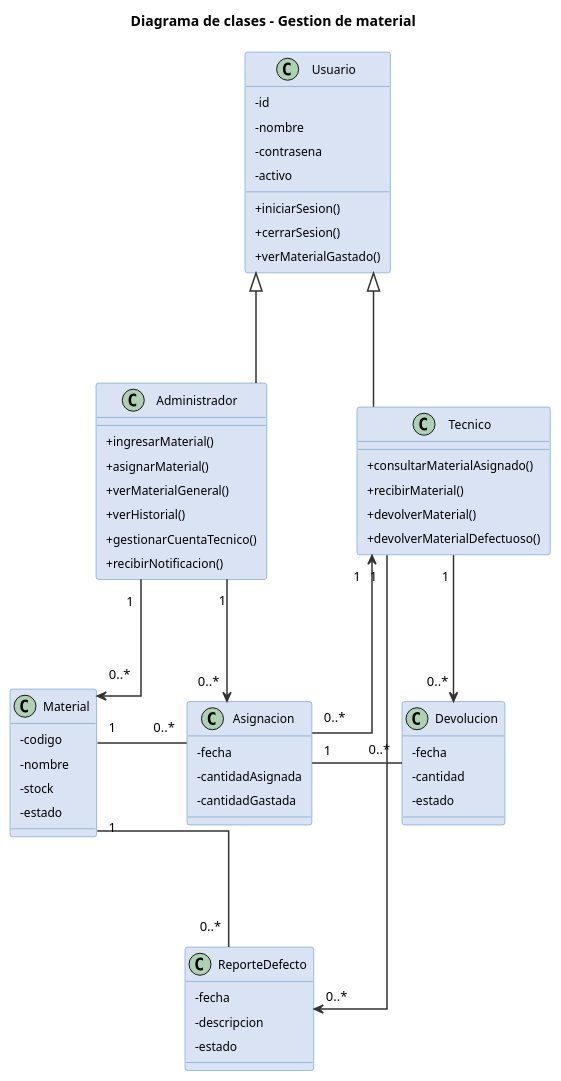
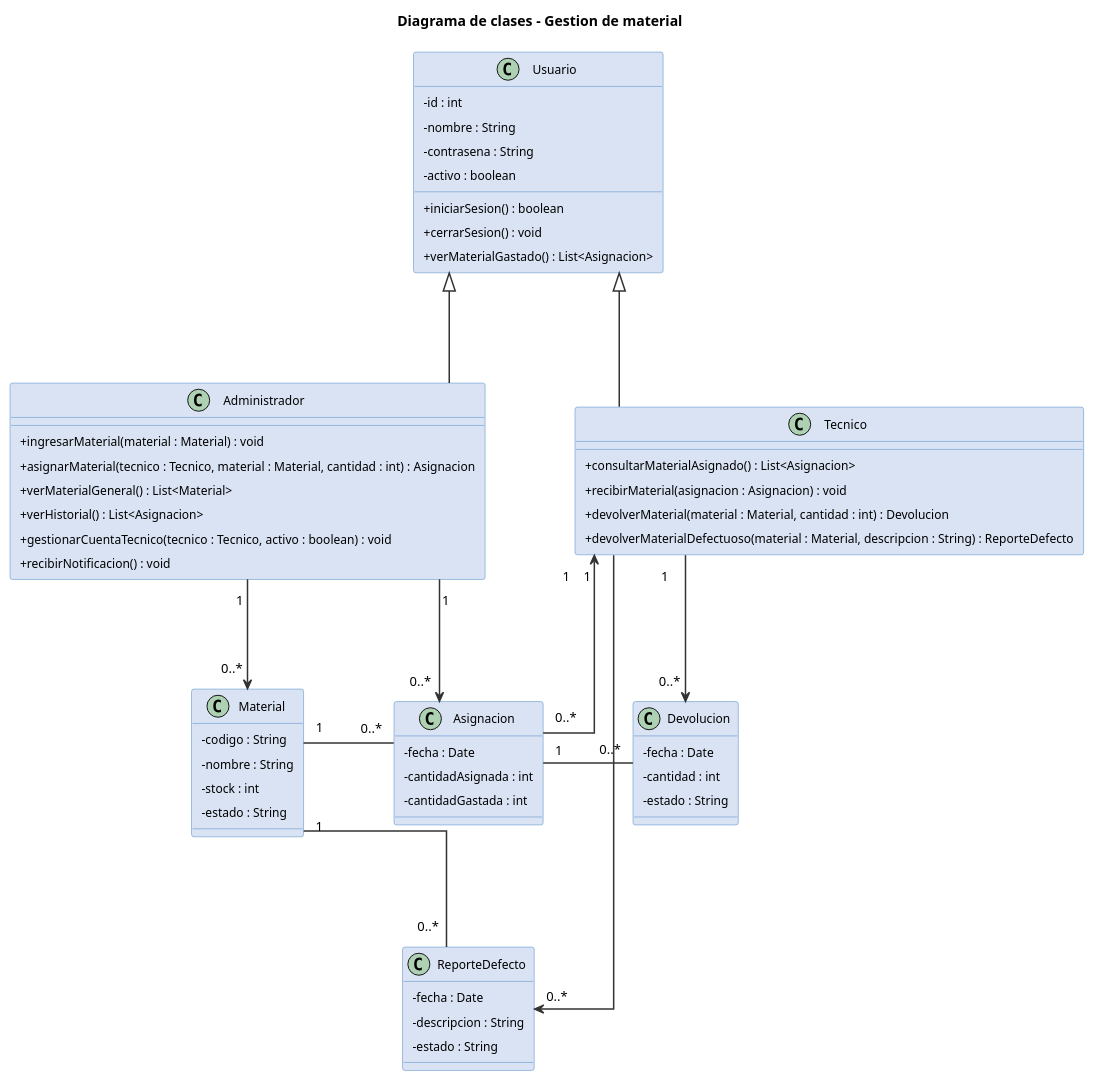
One commit to johanhenao932-design/proyecto-ingenieria-software1 changed the diagram in docs/04-class-diagram.md. Above: the diagram before and after it, drawn with PlantUML. The commit also changed other lines of this file and 2 other files, not shown here.

Commit message:
modificacion del diagrama de clases

```diff
--- a/docs/04-class-diagram.md
+++ b/docs/04-class-diagram.md
@@ -129,57 +125,57 @@
 
 ' ===== FILA 1: clase padre =====
 class Usuario {
-  - id
-  - nombre
-  - contrasena
-  - activo
-  + iniciarSesion()
-  + cerrarSesion()
-  + verMaterialGastado()
+  - id : int
+  - nombre : String
+  - contrasena : String
+  - activo : boolean
+  + iniciarSesion() : boolean
+  + cerrarSesion() : void
+  + verMaterialGastado() : List<Asignacion>
 }
 
 ' ===== FILA 2: actores =====
 class Administrador {
-  + ingresarMaterial()
-  + asignarMaterial()
-  + verMaterialGeneral()
-  + verHistorial()
-  + gestionarCuentaTecnico()
-  + recibirNotificacion()
+  + ingresarMaterial(material : Material) : void
+  + asignarMaterial(tecnico : Tecnico, material : Material, cantidad : int) : Asignacion
+  + verMaterialGeneral() : List<Material>
+  + verHistorial() : List<Asignacion>
+  + gestionarCuentaTecnico(tecnico : Tecnico, activo : boolean) : void
+  + recibirNotificacion() : void
 }
 
 class Tecnico {
-  + consultarMaterialAsignado()
-  + recibirMaterial()
-  + devolverMaterial()
-  + devolverMaterialDefectuoso()
+  + consultarMaterialAsignado() : List<Asignacion>
+  + recibirMaterial(asignacion : Asignacion) : void
+  + devolverMaterial(material : Material, cantidad : int) : Devolucion
+  + devolverMaterialDefectuoso(material : Material, descripcion : String) : ReporteDefecto
 }
 
 ' ===== FILA 3: clases de datos =====
 class Material {
-  - codigo
-  - nombre
-  - stock
-  - estado
+  - codigo : String
+  - nombre : String
+  - stock : int
+  - estado : String
 }
 
 class Asignacion {
-  - fecha
-  - cantidadAsignada
-  - cantidadGastada
+  - fecha : Date
+  - cantidadAsignada : int
+  - cantidadGastada : int
 }
 
 class Devolucion {
-  - fecha
-  - cantidad
-  - estado
+  - fecha : Date
+  - cantidad : int
+  - estado : String
 }
 
 ' ===== FILA 4 =====
 class ReporteDefecto {
-  - fecha
-  - descripcion
-  - estado
+  - fecha : Date
+  - descripcion : String
+  - estado : String
 }
 
 ' ===== Herencia =====
```
